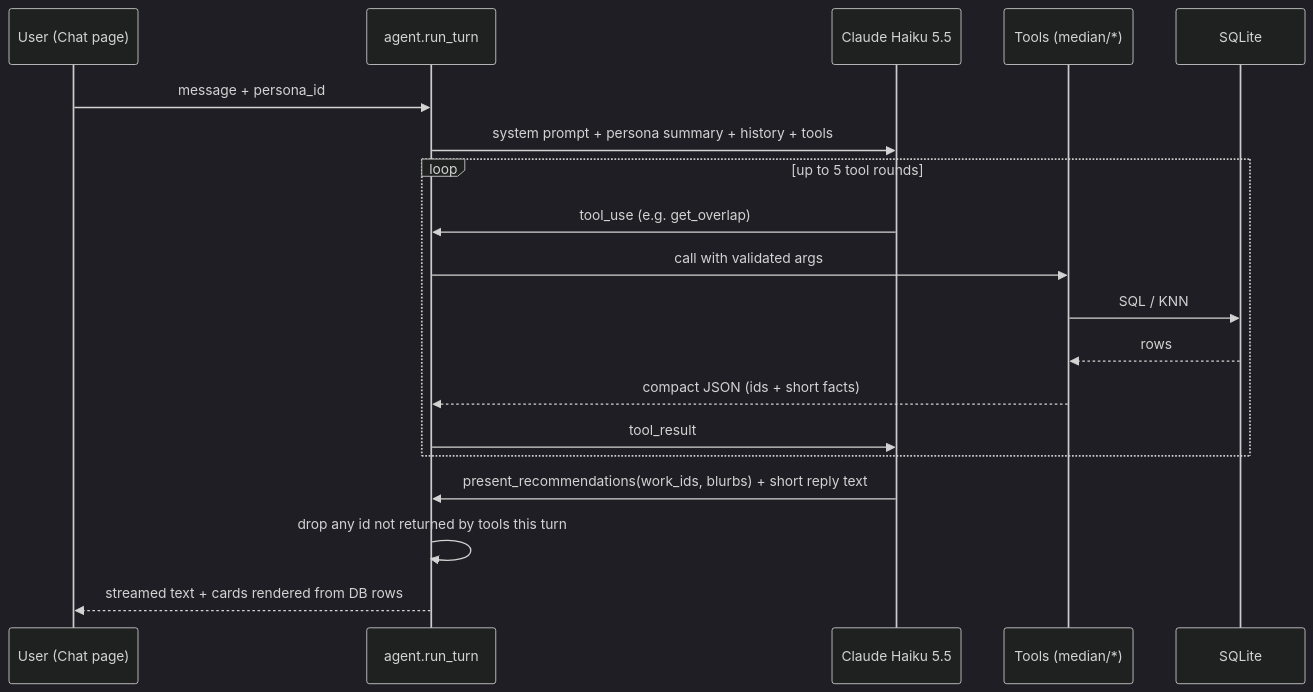
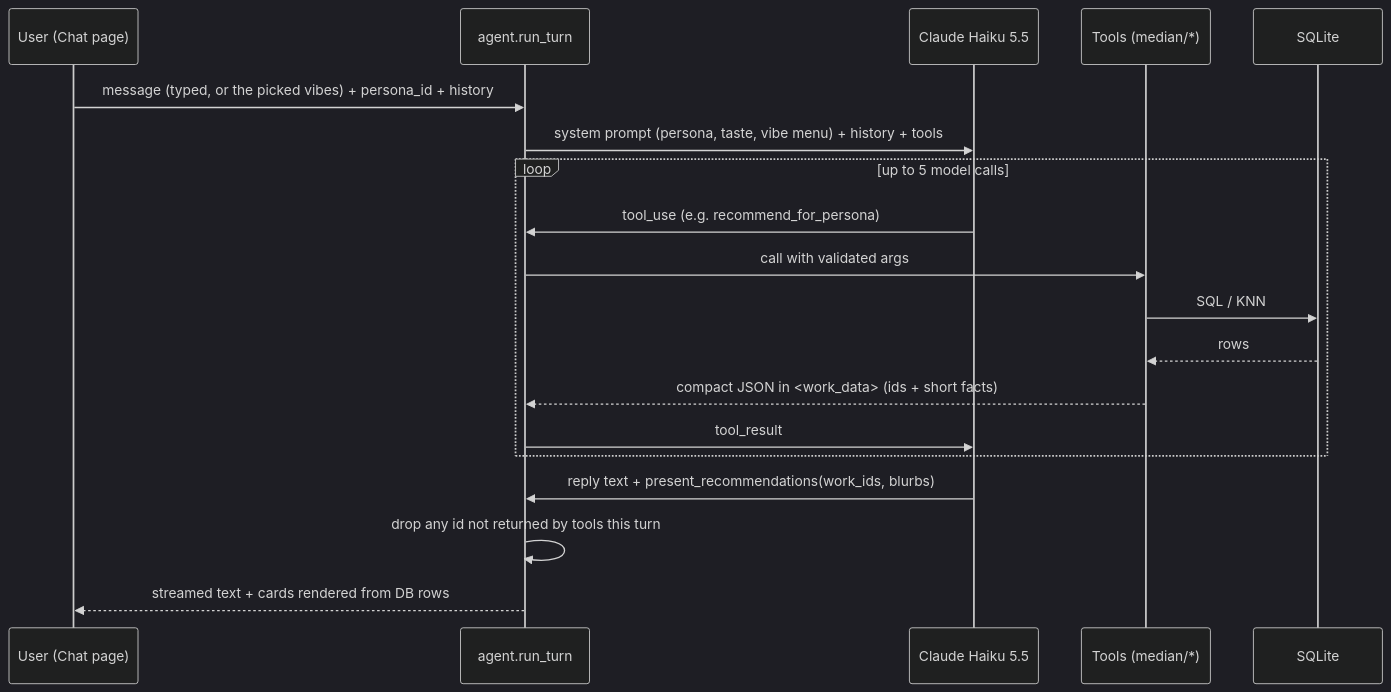
The second of 2 diagrams in ARCHITECTURE.md (Ykshem/median), drawn with Mermaid (dark theme) before and after one commit. The commit also changed other lines of this file and 28 other files, not shown here.

````diff
--- a/ARCHITECTURE.md
+++ b/ARCHITECTURE.md
@@ -304,21 +312,21 @@
 ```mermaid
 sequenceDiagram
   participant U as User (Chat page)
   participant A as agent.run_turn
   participant H as Claude Haiku 5.5
   participant T as Tools (median/*)
   participant DB as SQLite
-  U->>A: message + persona_id
-  A->>H: system prompt + persona summary + history + tools
-  loop up to 5 tool rounds
-    H->>A: tool_use (e.g. get_overlap)
+  U->>A: message (typed, or the picked vibes) + persona_id + history
+  A->>H: system prompt (persona, taste, vibe menu) + history + tools
+  loop up to 5 model calls
+    H->>A: tool_use (e.g. recommend_for_persona)
     A->>T: call with validated args
     T->>DB: SQL / KNN
     DB-->>T: rows
-    T-->>A: compact JSON (ids + short facts)
+    T-->>A: compact JSON in <work_data> (ids + short facts)
     A->>H: tool_result
   end
-  H->>A: present_recommendations(work_ids, blurbs) + short reply text
+  H->>A: reply text + present_recommendations(work_ids, blurbs)
   A->>A: drop any id not returned by tools this turn
   A-->>U: streamed text + cards rendered from DB rows
 ```
````
